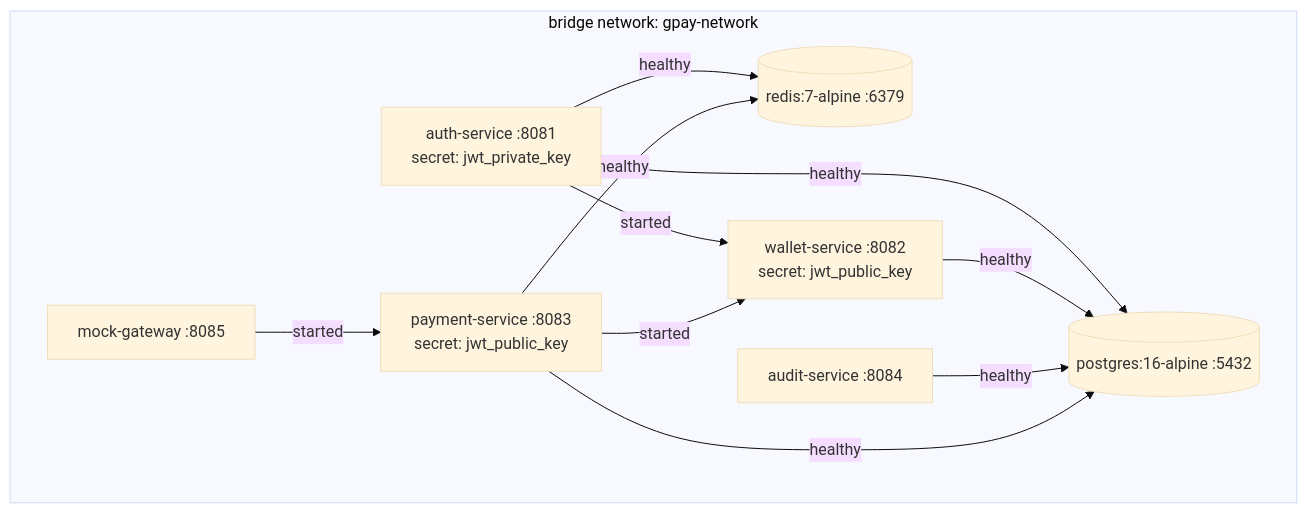
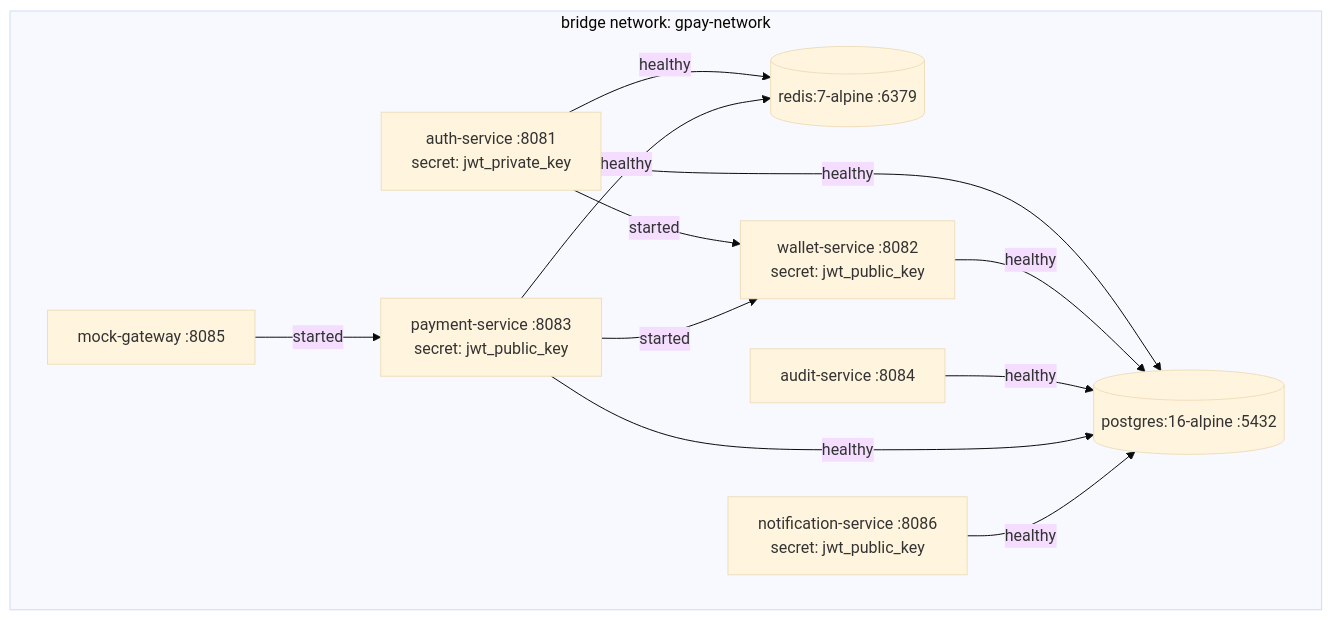
One commit to lukmnh/monorepo-wallet changed the sixth of 6 diagrams in architecture.md. Above: the diagram before and after it, drawn with Mermaid (base theme). The commit also changed other lines of this file and 69 other files, not shown here.

First line of the commit message:
feat: add notification service with transactional outbox

````diff
--- a/architecture.md
+++ b/architecture.md
@@ -302,21 +352,23 @@
 ```mermaid
 flowchart TB
     subgraph gpay-network [bridge network: gpay-network]
         postgres[(postgres:16-alpine :5432)]
         redis[(redis:7-alpine :6379)]
         auth[auth-service :8081<br/>secret: jwt_private_key]
         wallet[wallet-service :8082<br/>secret: jwt_public_key]
         payment[payment-service :8083<br/>secret: jwt_public_key]
         audit[audit-service :8084]
         gw[mock-gateway :8085]
+        notif[notification-service :8086<br/>secret: jwt_public_key]
     end
     auth -- healthy --> postgres
     auth -- healthy --> redis
     auth -- started --> wallet
     wallet -- healthy --> postgres
     audit -- healthy --> postgres
     payment -- healthy --> postgres
     payment -- healthy --> redis
     payment -- started --> wallet
     gw -- started --> payment
+    notif -- healthy --> postgres
 ```
````
